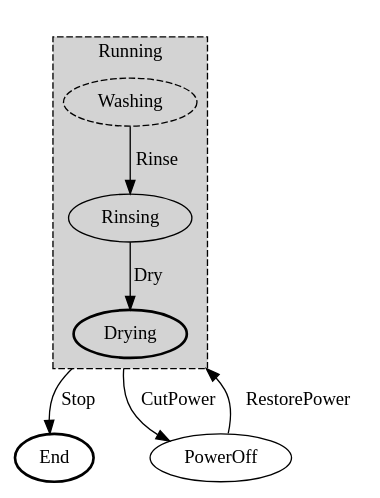
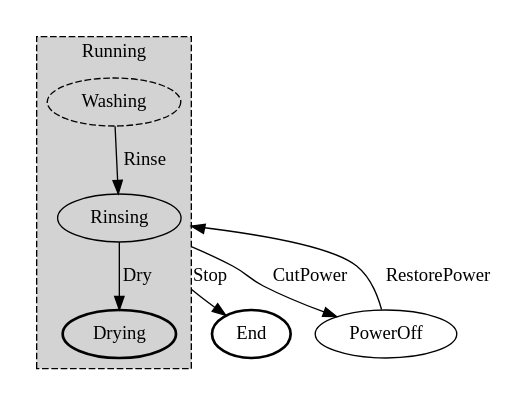
The diagram in net.tangly.fsm/src/site/pics/fsm-washer.dot (tangly-team/tangly-os), drawn with Graphviz before and after one commit. The commit also changed 2 other files, not shown here.

```diff
--- a/net.tangly.fsm/src/site/pics/fsm-washer.dot
+++ b/net.tangly.fsm/src/site/pics/fsm-washer.dot
@@ -1,21 +1,21 @@
 digraph G {
   compound=true;
 
   subgraph cluster1001 {
     style=invis;
     subgraph cluster1 {
       style="visible, dashed, filled";
       label = "Running"
       Washing [style="dashed"];
       Rinsing [];
       Drying [style="bold"];
     }
   }
   End [style="bold"];
   PowerOff [];
-  Drying -> End [ltail=cluster1, label="Stop"];
-  Drying -> PowerOff [ltail=cluster1, label="CutPower"];
+  Rinsing -> End [ltail=cluster1, label="Stop"];
+  Rinsing -> PowerOff [ltail=cluster1, label="CutPower"];
   Washing -> Rinsing [label="Rinse"];
   Rinsing -> Drying [label="Dry"];
-  PowerOff -> Drying [lhead=cluster1, label="RestorePower"];
+  PowerOff -> Rinsing [lhead=cluster1, label="RestorePower"];
 }
```
